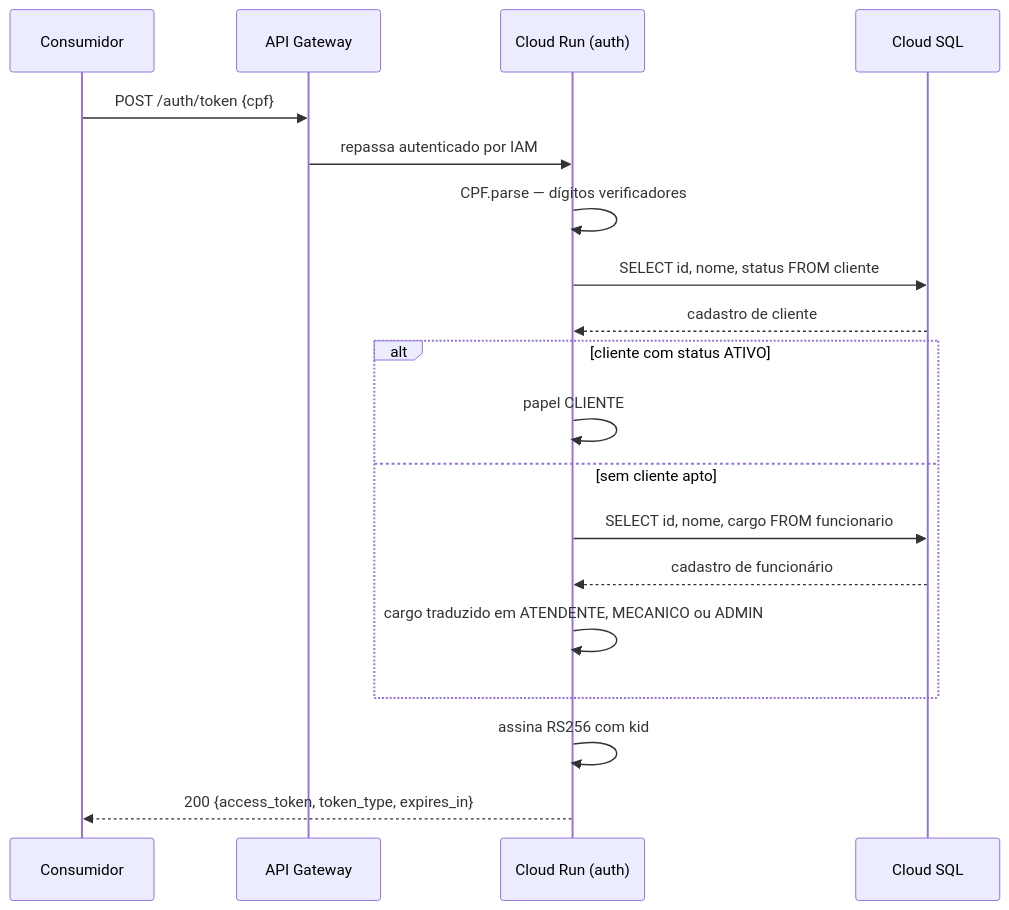
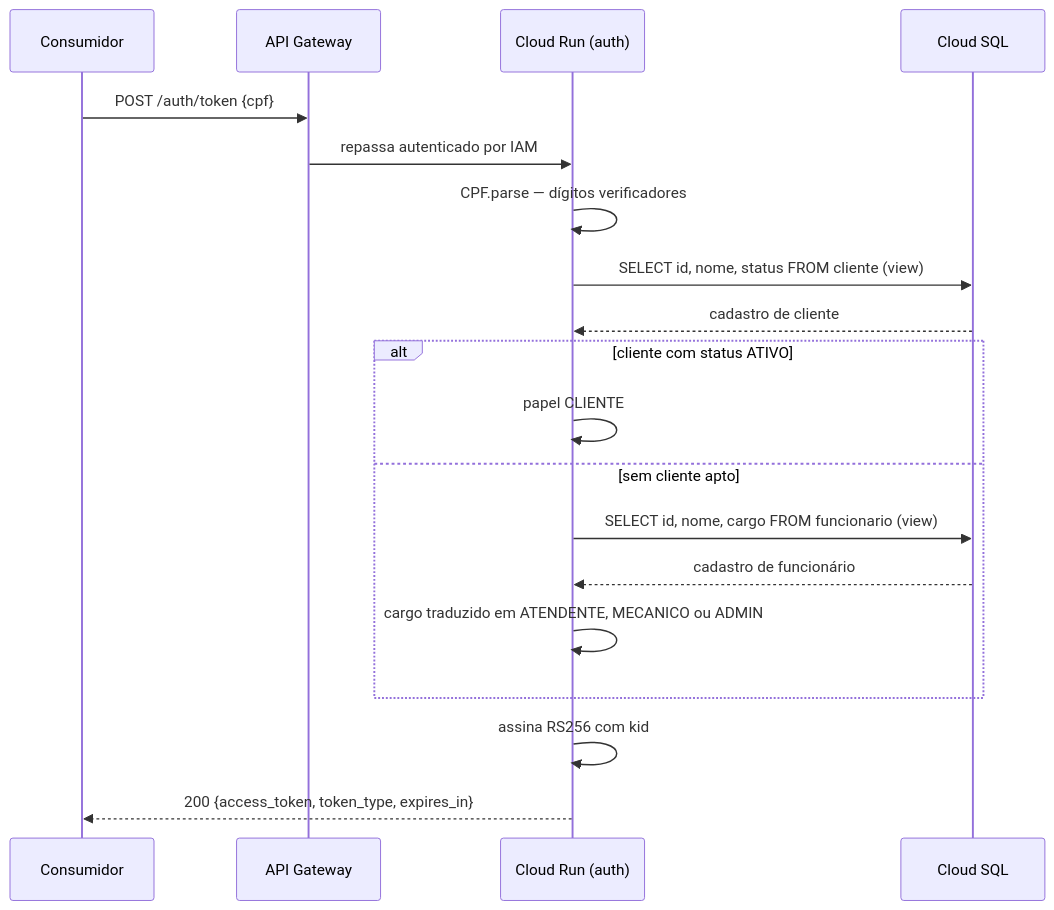
Before and after one commit to iuriian/tech-challenge-auth: the third of 4 diagrams in docs/arquitetura.md, drawn with Mermaid. The commit also changed other lines of this file and 1 other file, not shown here.

````diff
--- a/docs/arquitetura.md
+++ b/docs/arquitetura.md
@@ -139,21 +150,21 @@
 ```mermaid
 sequenceDiagram
     participant C as Consumidor
     participant G as API Gateway
     participant S as Cloud Run (auth)
     participant DB as Cloud SQL
     C->>G: POST /auth/token {cpf}
     G->>S: repassa autenticado por IAM
     S->>S: CPF.parse — dígitos verificadores
-    S->>DB: SELECT id, nome, status FROM cliente
+    S->>DB: SELECT id, nome, status FROM cliente (view)
     DB-->>S: cadastro de cliente
     alt cliente com status ATIVO
         S->>S: papel CLIENTE
     else sem cliente apto
-        S->>DB: SELECT id, nome, cargo FROM funcionario
+        S->>DB: SELECT id, nome, cargo FROM funcionario (view)
         DB-->>S: cadastro de funcionário
         S->>S: cargo traduzido em ATENDENTE, MECANICO ou ADMIN
     end
     S->>S: assina RS256 com kid
     S-->>C: 200 {access_token, token_type, expires_in}
 ```
````
